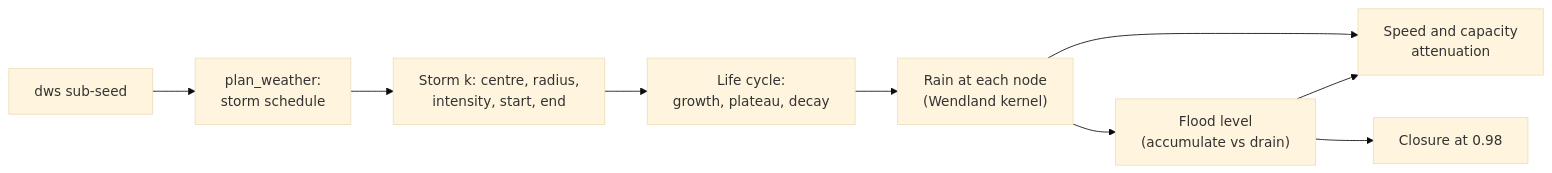
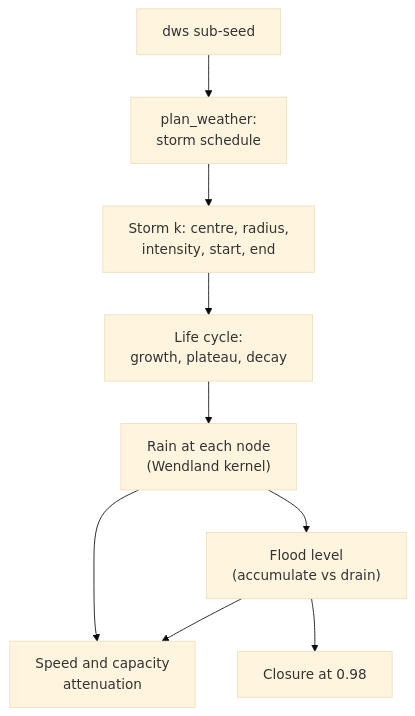
One commit to varunkarthic/DSTNS changed the diagram in docs/concepts/weather.md. Above: the diagram before and after it, drawn with Mermaid (base theme). The commit also changed 6 other files, not shown here.

First line of the commit message:
docs: replace text-box diagrams with Mermaid; untangle the lifecycle, ladder and sequence diagrams

````diff
--- a/docs/concepts/weather.md
+++ b/docs/concepts/weather.md
@@ -13,11 +13,11 @@
 ```mermaid
-flowchart LR
+flowchart TD
     Seed["dws sub-seed"] --> Plan["plan_weather:<br/>storm schedule"]
     Plan --> Storm["Storm k: centre, radius,<br/>intensity, start, end"]
     Storm --> Life["Life cycle:<br/>growth, plateau, decay"]
     Life --> Rain["Rain at each node<br/>(Wendland kernel)"]
     Rain --> Flood["Flood level<br/>(accumulate vs drain)"]
     Rain --> Slow["Speed and capacity<br/>attenuation"]
     Flood --> Slow
     Flood --> Close["Closure at 0.98"]
 ```
````
